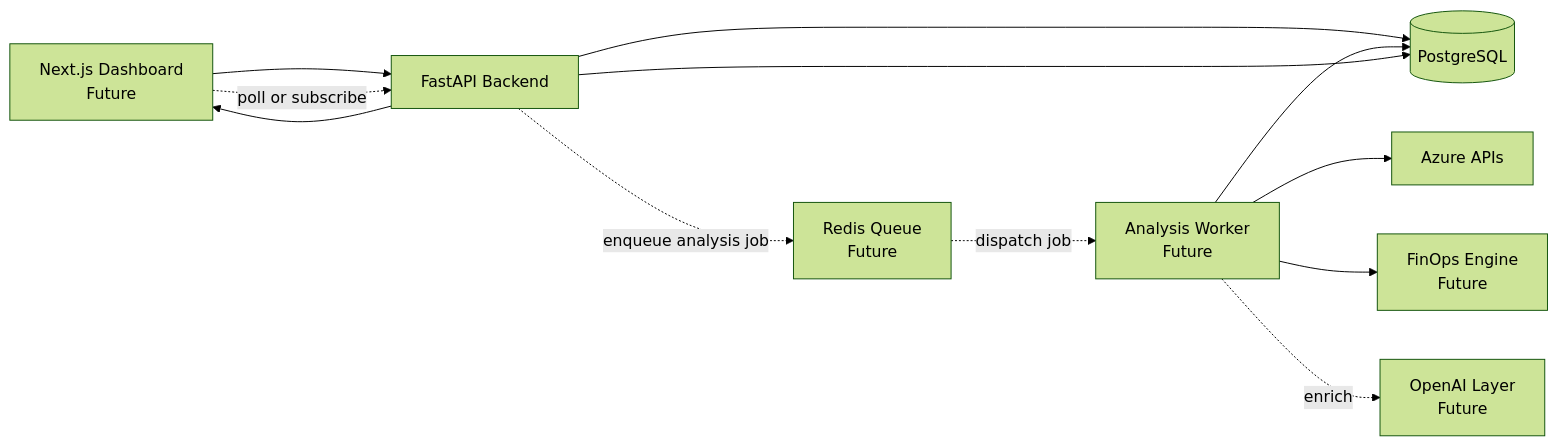
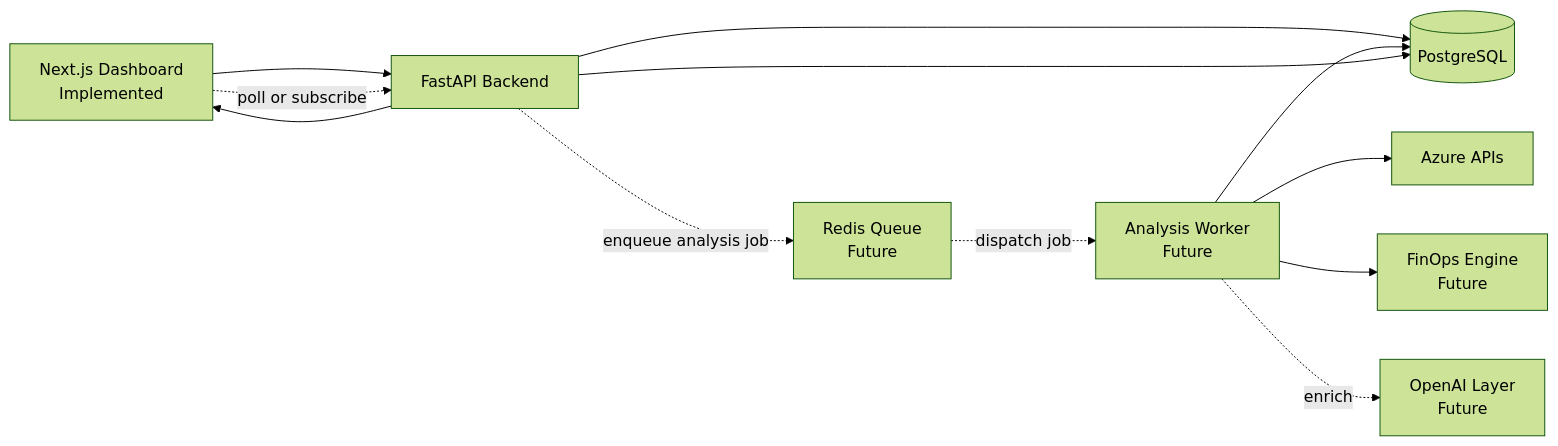
The fifth of 5 diagrams in docs/RequestFlow.md (manikantadakarapu/AI-Cloud-Cost-Detector), drawn with Mermaid (forest theme) before and after one commit. The commit also changed other lines of this file and 61 other files, not shown here.

````diff
--- a/docs/RequestFlow.md
+++ b/docs/RequestFlow.md
@@ -277,23 +275,23 @@
 ```mermaid
 flowchart LR
-    UI[Next.js Dashboard<br/>Future]
+    UI[Next.js Dashboard<br/>Implemented]
     API[FastAPI Backend]
     DB[(PostgreSQL)]
     Redis[Redis Queue<br/>Future]
     Worker[Analysis Worker<br/>Future]
     Azure[Azure APIs]
     Engine[FinOps Engine<br/>Future]
     AI[OpenAI Layer<br/>Future]
 
     UI --> API
     API --> DB
     API -. enqueue analysis job .-> Redis
     Redis -. dispatch job .-> Worker
     Worker --> Azure
     Worker --> Engine
     Worker -. enrich .-> AI
     Worker --> DB
     UI -. poll or subscribe .-> API
     API --> DB
     API --> UI
 ```
````
